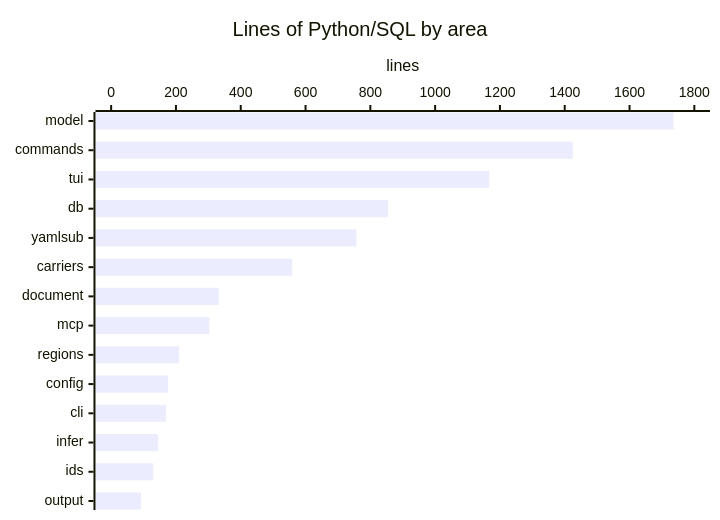
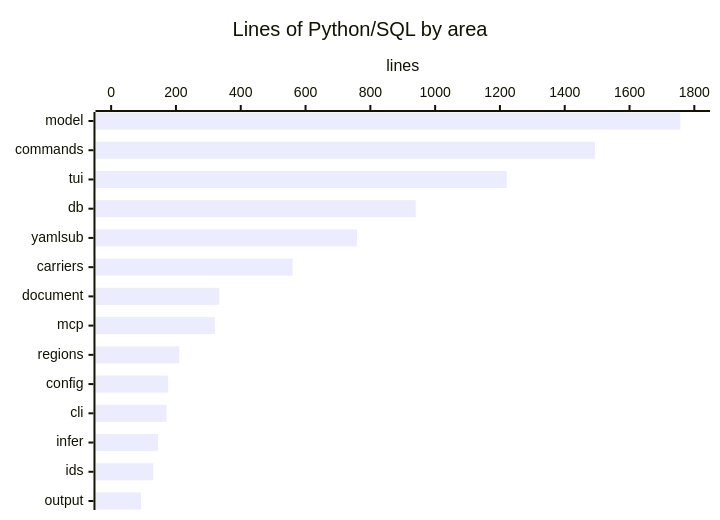
The third of 3 diagrams in droid-wiki/overview/architecture.md (calisweetleaf/somnus-metadata), drawn with Mermaid before and after one commit. The commit also changed other lines of this file and 31 other files, not shown here.

````diff
--- a/droid-wiki/overview/architecture.md
+++ b/droid-wiki/overview/architecture.md
@@ -67,7 +70,7 @@
 ```mermaid
 xychart-beta horizontal
     title "Lines of Python/SQL by area"
     x-axis ["model", "commands", "tui", "db", "yamlsub", "carriers", "document", "mcp", "regions", "config", "cli", "infer", "ids", "output"]
     y-axis "lines" 0 --> 1800
-    bar [1736, 1425, 1167, 855, 757, 559, 332, 303, 210, 176, 169, 145, 130, 92]
+    bar [1757, 1493, 1221, 940, 759, 560, 334, 320, 210, 176, 171, 145, 130, 92]
 ```
````
